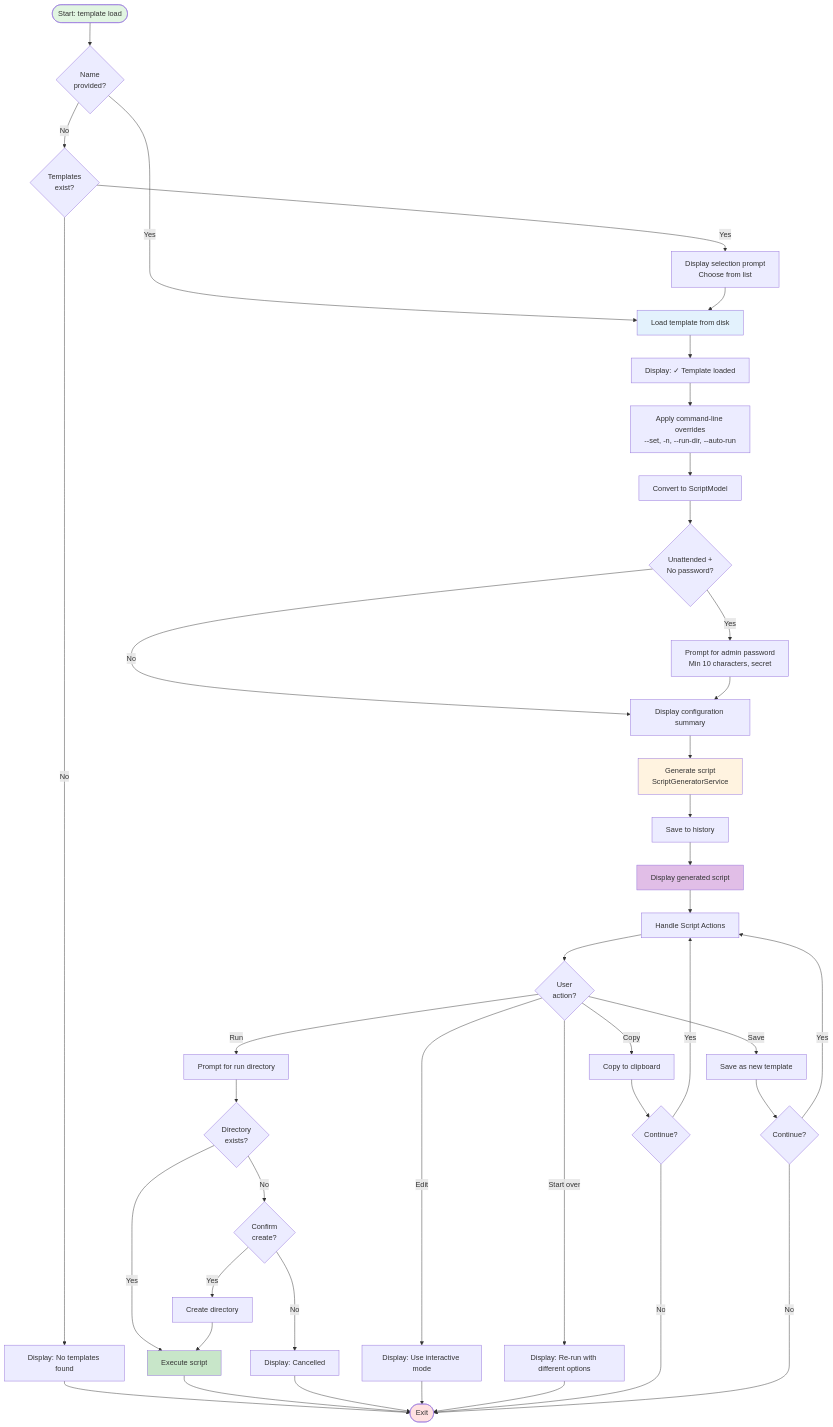
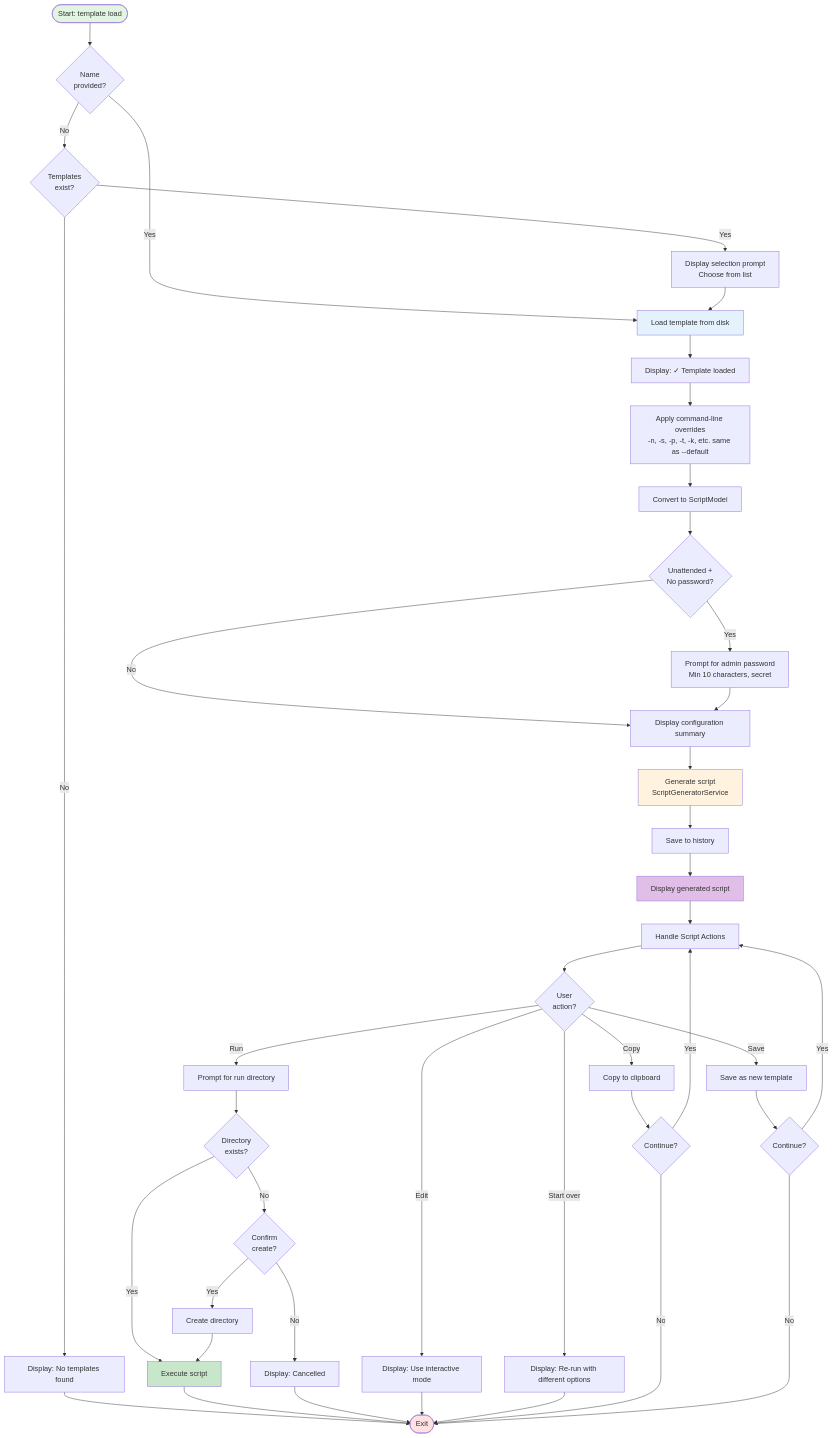
The second of 11 diagrams in .github/template-commands-flow-diagrams.md (prjseal/Package-Script-Writer), drawn with Mermaid before and after one commit. The commit also changed other lines of this file and 5 other files, not shown here.

````diff
--- a/.github/template-commands-flow-diagrams.md
+++ b/.github/template-commands-flow-diagrams.md
@@ -81,63 +81,63 @@
 ```mermaid
 flowchart TD
     Start([Start: template load]) --> CheckName{Name<br/>provided?}
     CheckName -->|No| ListCheck{Templates<br/>exist?}
     CheckName -->|Yes| LoadTemplate[Load template from disk]
 
     ListCheck -->|No| NoTemplates[Display: No templates found]
     ListCheck -->|Yes| PromptSelect[Display selection prompt<br/>Choose from list]
 
     NoTemplates --> End([Exit])
     PromptSelect --> LoadTemplate
 
     LoadTemplate --> ShowLoaded[Display: ✓ Template loaded]
-    ShowLoaded --> ApplyOverrides[Apply command-line overrides<br/>--set, -n, --run-dir, --auto-run]
+    ShowLoaded --> ApplyOverrides[Apply command-line overrides<br/>-n, -s, -p, -t, -k, etc. same as --default]
 
     ApplyOverrides --> ConvertModel[Convert to ScriptModel]
     ConvertModel --> NeedPassword{Unattended +<br/>No password?}
 
     NeedPassword -->|Yes| PromptPassword[Prompt for admin password<br/>Min 10 characters, secret]
     NeedPassword -->|No| DisplaySummary[Display configuration summary]
     PromptPassword --> DisplaySummary
 
     DisplaySummary --> GenerateScript[Generate script<br/>ScriptGeneratorService]
     GenerateScript --> SaveHistory[Save to history]
     SaveHistory --> DisplayScript[Display generated script]
 
     DisplayScript --> ScriptActions[Handle Script Actions]
     ScriptActions --> ActionPrompt{User<br/>action?}
 
     ActionPrompt -->|Run| PromptDir[Prompt for run directory]
     ActionPrompt -->|Edit| EditMsg[Display: Use interactive mode]
     ActionPrompt -->|Copy| CopyClip[Copy to clipboard]
     ActionPrompt -->|Save| SaveAsTemplate[Save as new template]
     ActionPrompt -->|Start over| StartOverMsg[Display: Re-run with different options]
 
     PromptDir --> ValidateDir{Directory<br/>exists?}
     ValidateDir -->|No| ConfirmCreate{Confirm<br/>create?}
     ValidateDir -->|Yes| RunScript[Execute script]
 
     ConfirmCreate -->|No| CancelRun[Display: Cancelled]
     ConfirmCreate -->|Yes| CreateDir[Create directory]
     CreateDir --> RunScript
 
     RunScript --> End
     CancelRun --> End
     EditMsg --> End
     StartOverMsg --> End
 
     CopyClip --> Continue1{Continue?}
     SaveAsTemplate --> Continue2{Continue?}
 
     Continue1 -->|Yes| ScriptActions
     Continue1 -->|No| End
     Continue2 -->|Yes| ScriptActions
     Continue2 -->|No| End
 
     style Start fill:#e1f5e1
     style End fill:#ffe1e1
     style LoadTemplate fill:#e3f2fd
     style GenerateScript fill:#fff3e0
     style RunScript fill:#c8e6c9
     style DisplayScript fill:#e1bee7
 ```
````
